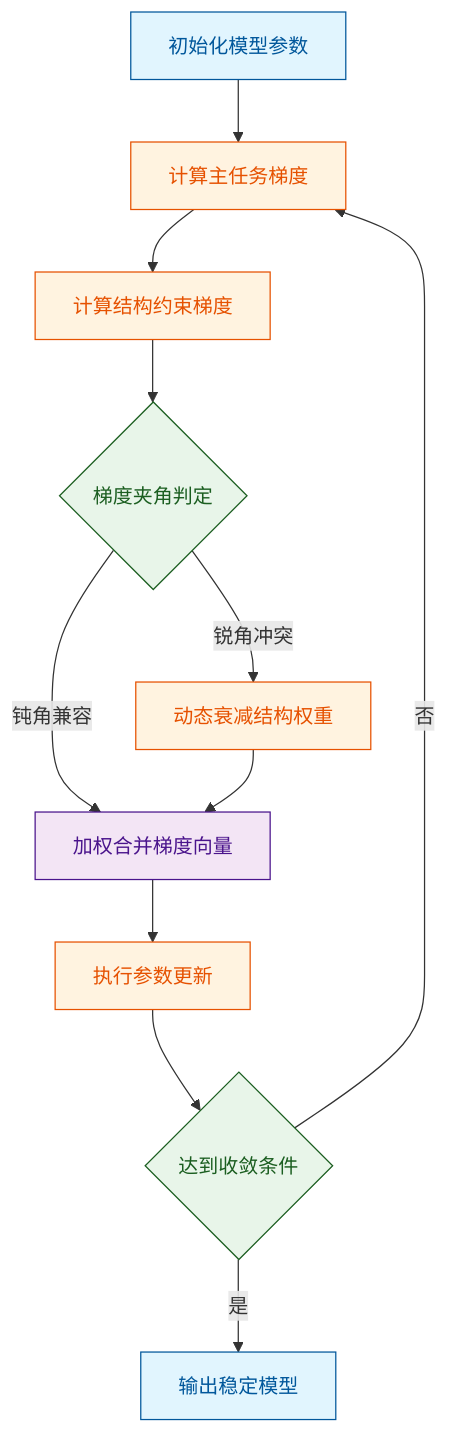
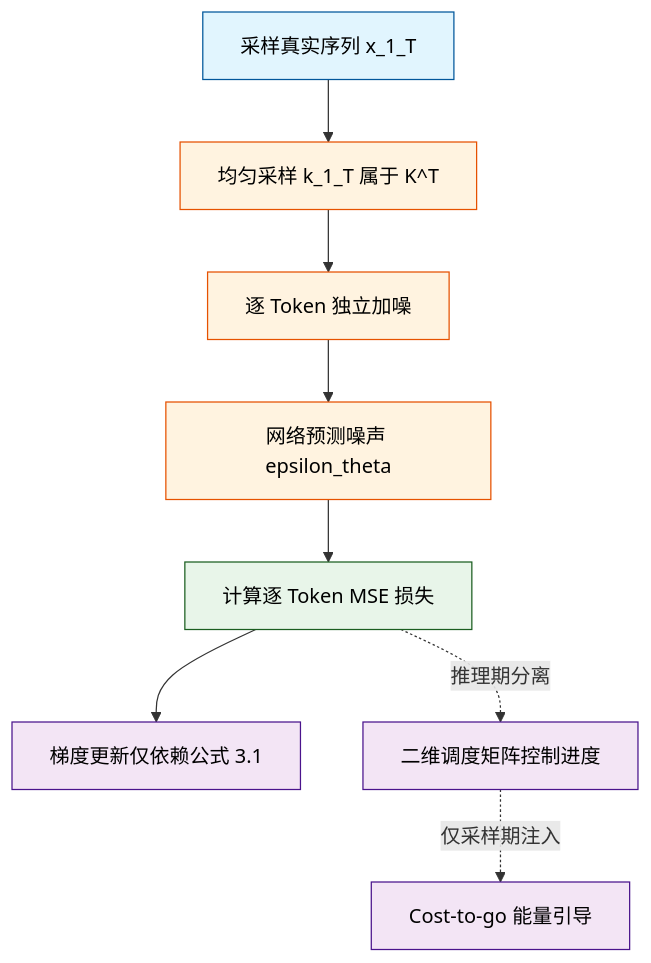
One commit to ShinewineW/paper-rolling changed the fourth of 10 diagrams in person_vault/2026-06-13_DiffusionForcingNextTokenPredictionMeets_2407.01392/report.md. Above: the diagram before and after it, drawn with Mermaid. The commit also changed other lines of this file and 51 other files, not shown here.

````diff
--- a/person_vault/2026-06-13_DiffusionForcingNextTokenPredictionMeets_2407.01392/report.md
+++ b/person_vault/2026-06-13_DiffusionForcingNextTokenPredictionMeets_2407.01392/report.md
@@ -193,18 +226,15 @@
 ```mermaid
 flowchart TD
-    classDef start fill:#e1f5fe,color:#01579b,stroke:#01579b
-    classDef process fill:#fff3e0,color:#e65100,stroke:#e65100
-    classDef decision fill:#e8f5e9,color:#1b5e20,stroke:#1b5e20
-    classDef data fill:#f3e5f5,color:#4a148c,stroke:#4a148c
+    classDef data fill:#e1f5fe,stroke:#01579b,color:#000;
+    classDef process fill:#fff3e0,stroke:#e65100,color:#000;
+    classDef decision fill:#e8f5e9,stroke:#1b5e20,color:#000;
+    classDef output fill:#f3e5f5,stroke:#4a148c,color:#000;
 
-    init_params["初始化模型参数"]:::start --> compute_task_grad["计算主任务梯度"]:::process
-    compute_task_grad --> compute_struct_grad["计算结构约束梯度"]:::process
-    compute_struct_grad --> check_angle{梯度夹角判定}:::decision
-    check_angle -- 锐角冲突 --> scale_weight["动态衰减结构权重"]:::process
-    check_angle -- 钝角兼容 --> merge_gradients["加权合并梯度向量"]:::data
-    scale_weight --> merge_gradients
-    merge_gradients --> update_weights["执行参数更新"]:::process
-    update_weights --> check_stop{达到收敛条件}:::decision
-    check_stop -- 否 --> compute_task_grad
-    check_stop -- 是 --> output_model["输出稳定模型"]:::start
+    sample_data["采样真实序列 x_1_T"]:::data --> uniform_k["均匀采样 k_1_T 属于 K^T"]:::process
+    uniform_k --> add_noise["逐 Token 独立加噪"]:::process
+    add_noise --> predict["网络预测噪声 epsilon_theta"]:::process
+    predict --> calc_loss["计算逐 Token MSE 损失"]:::decision
+    calc_loss --> backprop["梯度更新仅依赖公式 3.1"]:::output
+    calc_loss -.->|推理期分离| sched_matrix["二维调度矩阵控制进度"]:::output
+    sched_matrix -.->|仅采样期注入| guidance["Cost-to-go 能量引导"]:::output
 ```
````
